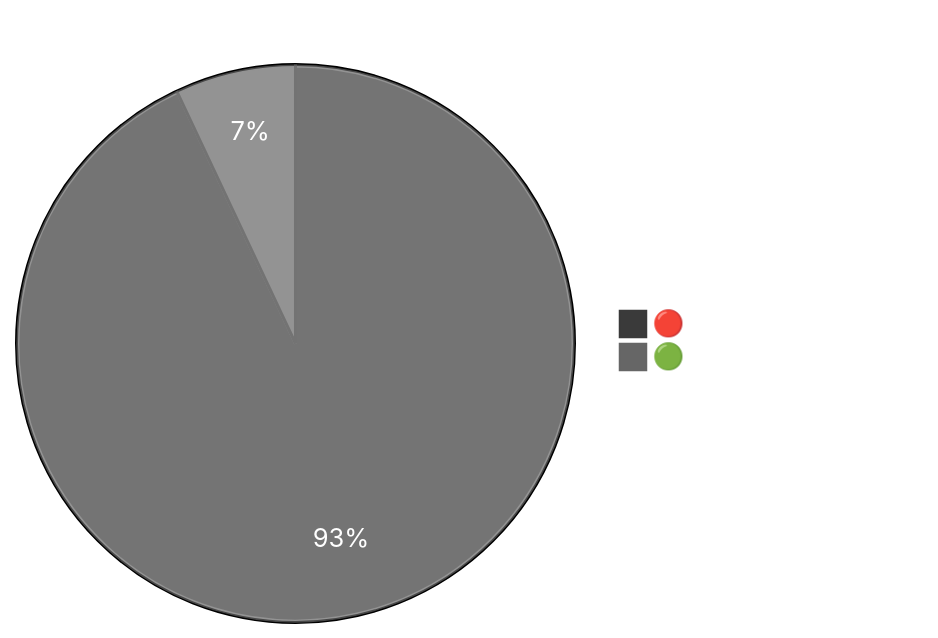
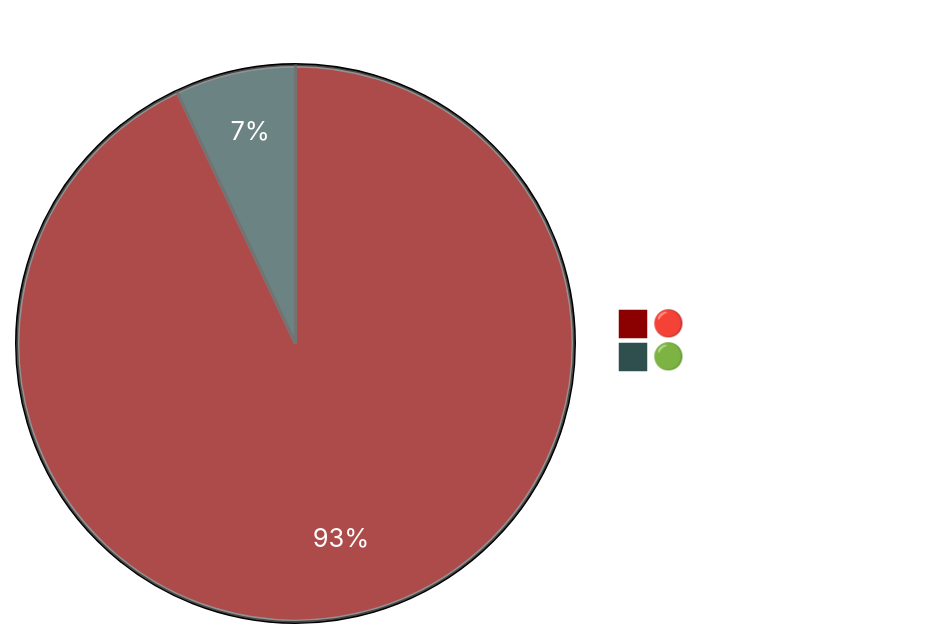
The first of 5 diagrams in lpci_output/lpci_test_report_20250715_220148.md (mbhatt1/agentic_lpci_framework), drawn with Mermaid before and after one commit. The commit also changed other lines of this file and 2 other files, not shown here.

````diff
--- a/lpci_output/lpci_test_report_20250715_220148.md
+++ b/lpci_output/lpci_test_report_20250715_220148.md
@@ -24,23 +24,23 @@
 ```mermaid
 %%{init: {
   'theme': 'base',
   'themeVariables': {
     'primaryColor': '#000000',
     'primaryTextColor': '#ffffff',
     'primaryBorderColor': '#666666',
     'lineColor': '#999999',
-    'pie1': '#3a3a3a',
-    'pie2': '#666666',
+    'pie1': '#8B0000',
+    'pie2': '#2F4F4F',
     'pieOuterLabelColor': '#ffffff',
     'pieLegendTextColor': '#ffffff',
     'pieSectionTextColor': '#ffffff',
     'pieStrokeColor': '#666666',
     'pieStrokeWidth': '2px',
     'pieTitleTextSize': '20px',
     'pieTitleTextColor': '#ffffff'
   }
 }}%%
 pie title "Overall Attack Success Distribution"
     "🔴 Successful Attacks" : 372
     "🟢 Failed Attacks" : 28
 ```
````
